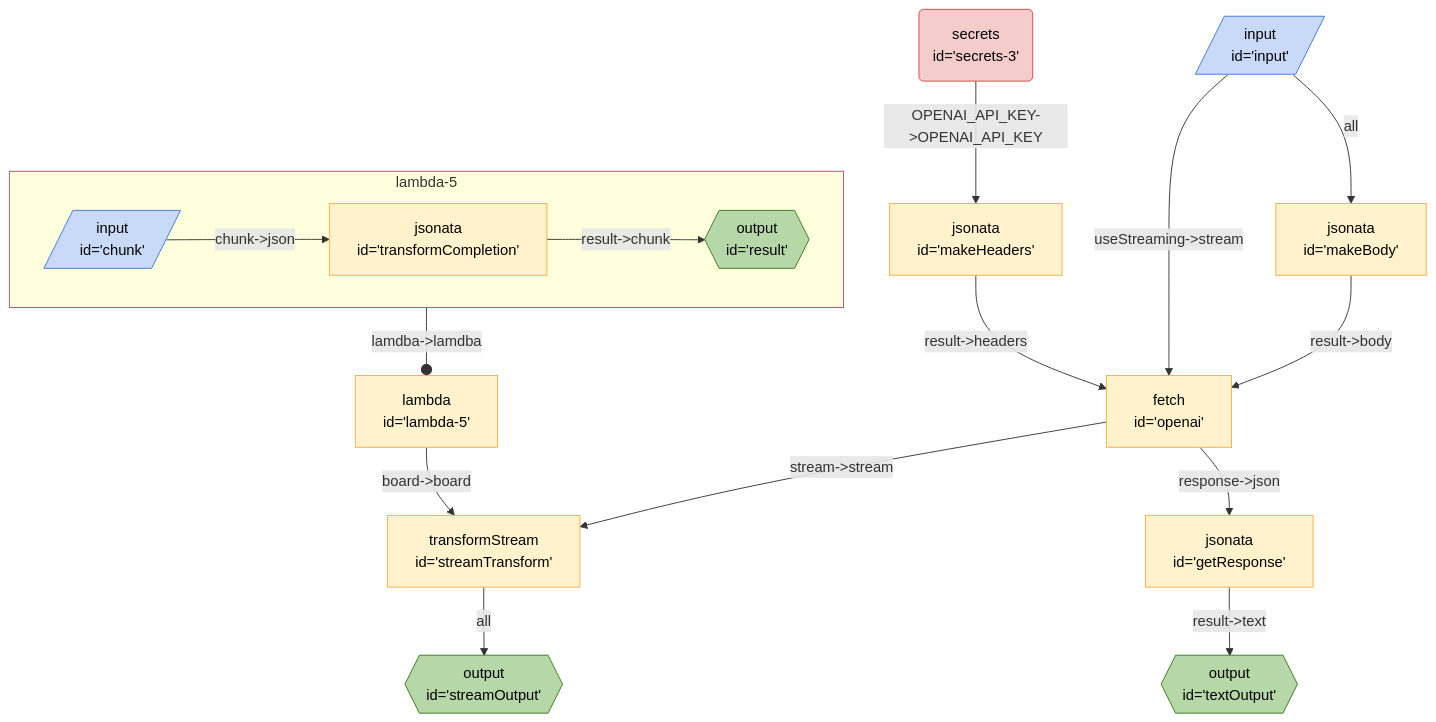
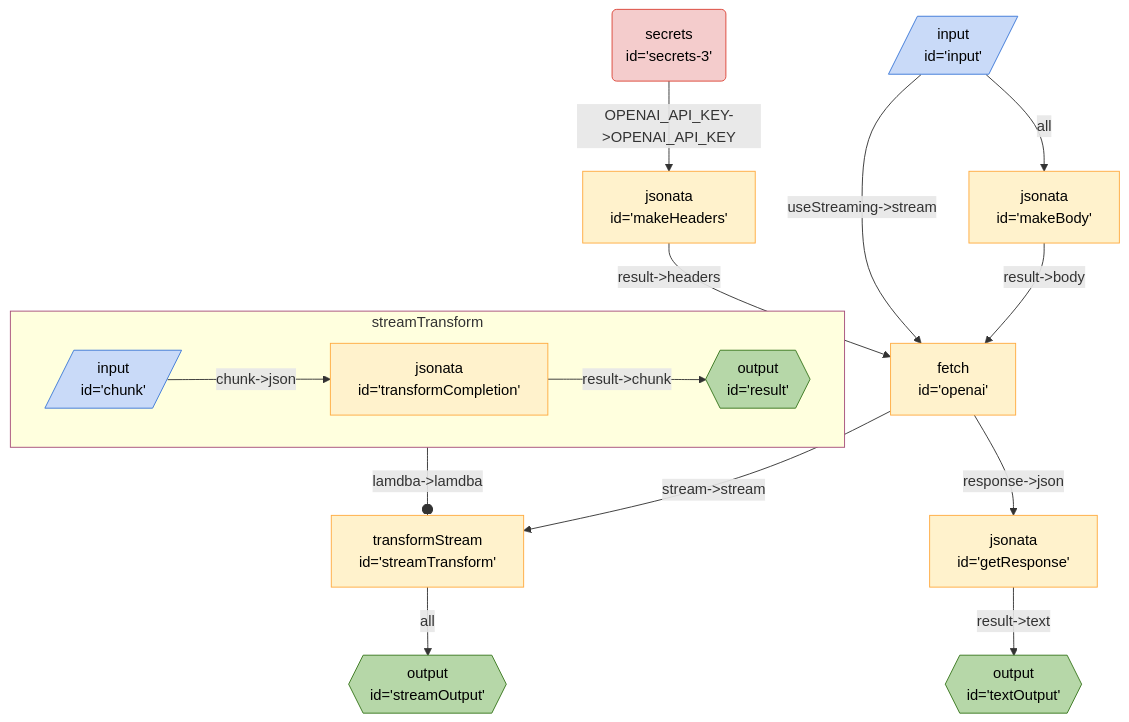
One commit to breadboard-ai/breadboard changed the diagram in packages/breadboard-web/docs/graphs/openai-gpt-4-vision.md. Above: the diagram before and after it, drawn with Mermaid. The commit also changed 10 other files, not shown here.

````diff
--- a/packages/breadboard-web/docs/graphs/openai-gpt-4-vision.md
+++ b/packages/breadboard-web/docs/graphs/openai-gpt-4-vision.md
@@ -3,28 +3,27 @@
 ```mermaid
 %%{init: 'themeVariables': { 'fontFamily': 'Fira Code, monospace' }}%%
 graph TD;
 streamTransform["transformStream <br> id='streamTransform'"] -- all --> streamOutput{{"output <br> id='streamOutput'"}}:::output
-lambda5["lambda <br> id='lambda-5'"] -- "board->board" --> streamTransform["transformStream <br> id='streamTransform'"]
-subgraph sg_lambda5 [lambda-5]
-lambda5_transformCompletion["jsonata <br> id='transformCompletion'"] -- "result->chunk" --> lambda5_result{{"output <br> id='result'"}}:::output
-lambda5_chunk[/"input <br> id='chunk'"/]:::input -- "chunk->json" --> lambda5_transformCompletion["jsonata <br> id='transformCompletion'"]
+subgraph sg_streamTransform [streamTransform]
+streamTransform_transformCompletion["jsonata <br> id='transformCompletion'"] -- "result->chunk" --> streamTransform_result{{"output <br> id='result'"}}:::output
+streamTransform_chunk[/"input <br> id='chunk'"/]:::input -- "chunk->json" --> streamTransform_transformCompletion["jsonata <br> id='transformCompletion'"]
 end
-sg_lambda5:::slotted -- "lamdba->lamdba" --o lambda5
+sg_streamTransform:::slotted -- "lamdba->lamdba" --o streamTransform
 
 openai["fetch <br> id='openai'"] -- "response->json" --> getResponse["jsonata <br> id='getResponse'"]
 openai["fetch <br> id='openai'"] -- "stream->stream" --> streamTransform["transformStream <br> id='streamTransform'"]
 input[/"input <br> id='input'"/]:::input -- all --> makeBody["jsonata <br> id='makeBody'"]
 input[/"input <br> id='input'"/]:::input -- "useStreaming->stream" --> openai["fetch <br> id='openai'"]
 makeHeaders["jsonata <br> id='makeHeaders'"] -- "result->headers" --> openai["fetch <br> id='openai'"]
 makeBody["jsonata <br> id='makeBody'"] -- "result->body" --> openai["fetch <br> id='openai'"]
 getResponse["jsonata <br> id='getResponse'"] -- "result->text" --> textOutput{{"output <br> id='textOutput'"}}:::output
 secrets3("secrets <br> id='secrets-3'"):::secrets -- "OPENAI_API_KEY->OPENAI_API_KEY" --> makeHeaders["jsonata <br> id='makeHeaders'"]
 classDef default stroke:#ffab40,fill:#fff2ccff,color:#000
 classDef input stroke:#3c78d8,fill:#c9daf8ff,color:#000
 classDef output stroke:#38761d,fill:#b6d7a8ff,color:#000
 classDef passthrough stroke:#a64d79,fill:#ead1dcff,color:#000
 classDef slot stroke:#a64d79,fill:#ead1dcff,color:#000
 classDef config stroke:#a64d79,fill:#ead1dcff,color:#000
 classDef secrets stroke:#db4437,fill:#f4cccc,color:#000
 classDef slotted stroke:#a64d79
 ```
````
